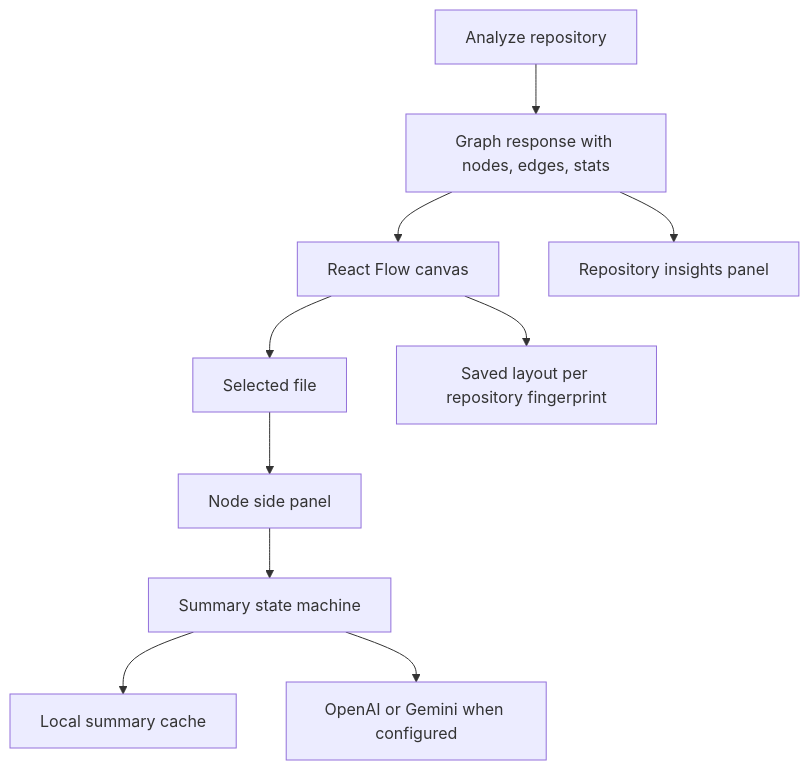
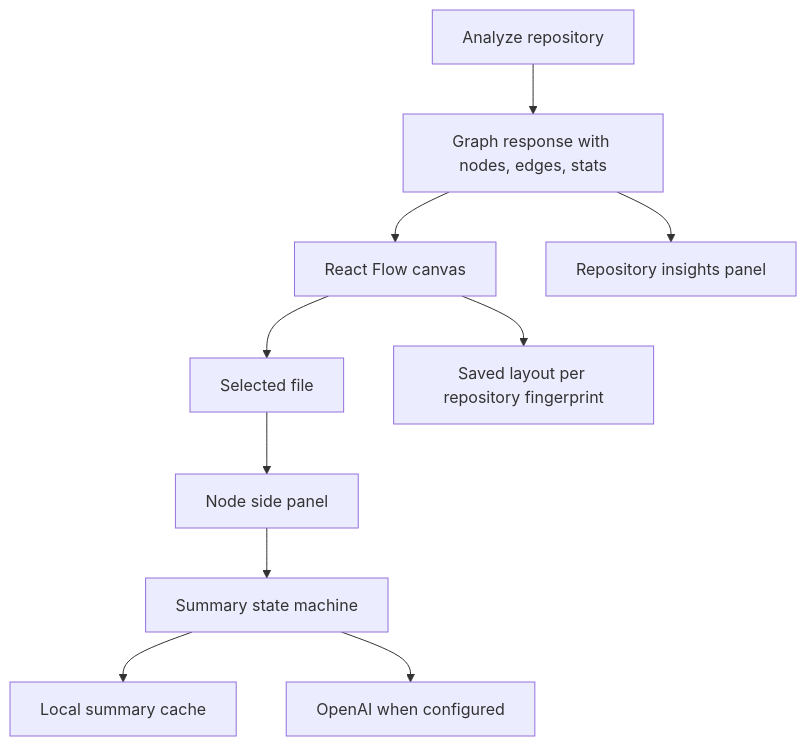
The diagram in docs/plans/2026-06-29-001-feat-product-completion-plan.md (oyaah/repository-visualizer), drawn with Mermaid before and after one commit. The commit also changed other lines of this file and 16 other files, not shown here.

````diff
--- a/docs/plans/2026-06-29-001-feat-product-completion-plan.md
+++ b/docs/plans/2026-06-29-001-feat-product-completion-plan.md
@@ -63,12 +63,12 @@
 ```mermaid
 flowchart TB
   Scan["Analyze repository"] --> Graph["Graph response with nodes, edges, stats"]
   Graph --> Canvas["React Flow canvas"]
   Graph --> Insights["Repository insights panel"]
   Canvas --> Selection["Selected file"]
   Selection --> Panel["Node side panel"]
   Panel --> Summary["Summary state machine"]
   Summary --> Cache["Local summary cache"]
-  Summary --> Provider["OpenAI or Gemini when configured"]
+  Summary --> OpenAI["OpenAI when configured"]
   Canvas --> LayoutStore["Saved layout per repository fingerprint"]
 ```
````
